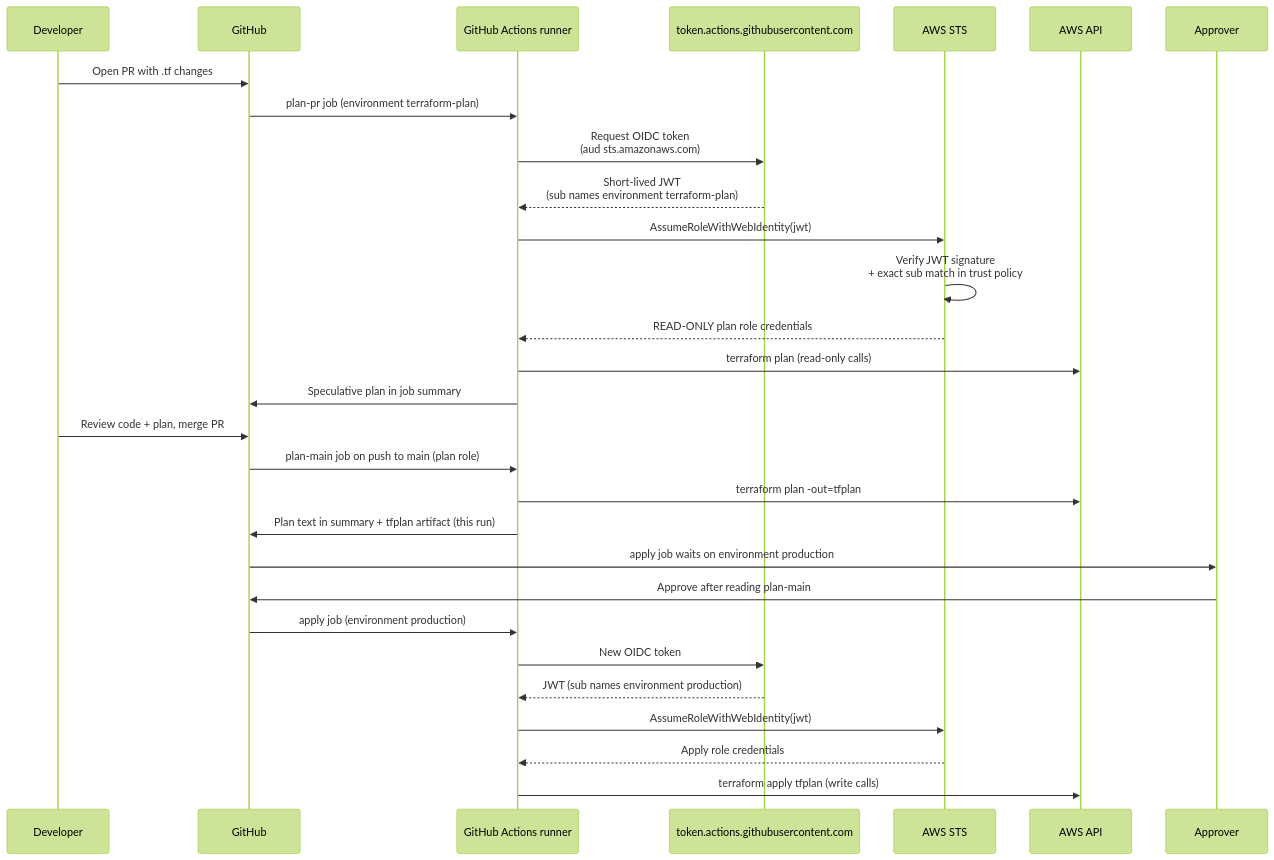
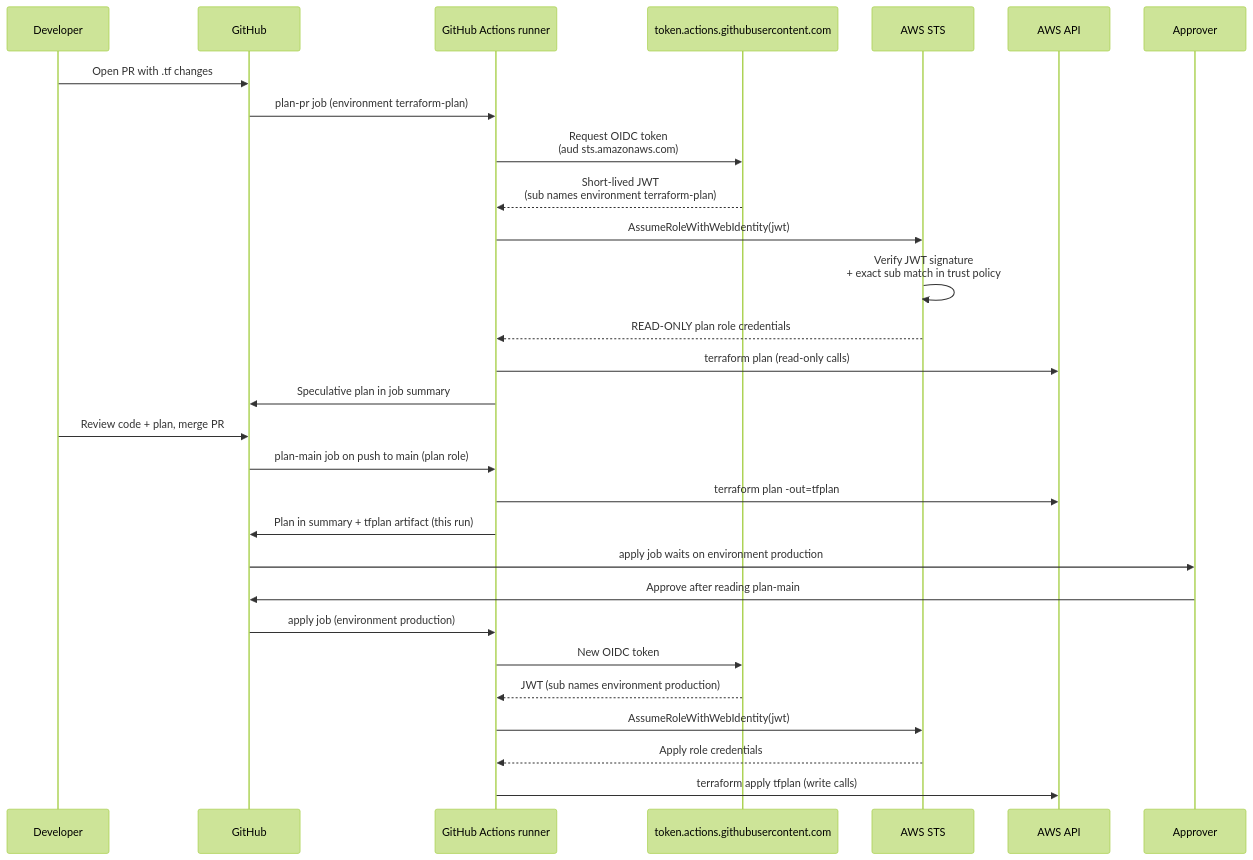
One commit to abd-ulbasit/bookstore-kubernetes-guide changed the diagram in full-guide/14-eks-in-production-a-to-z/07-infrastructure-cicd-and-drift.md. Above: the diagram before and after it, drawn with Mermaid (forest theme). The commit also changed other lines of this file and 1 other file, not shown here.

First line of the commit message:
Keep plan text out of public job summaries and logs

````diff
--- a/full-guide/14-eks-in-production-a-to-z/07-infrastructure-cicd-and-drift.md
+++ b/full-guide/14-eks-in-production-a-to-z/07-infrastructure-cicd-and-drift.md
@@ -203,32 +203,32 @@
 ```mermaid
 sequenceDiagram
     participant Dev as Developer
     participant GH as GitHub
     participant Run as GitHub Actions runner
     participant OIDC as token.actions.githubusercontent.com
     participant STS as AWS STS
     participant AWS as AWS API
     participant Rev as Approver
 
     Dev->>GH: Open PR with .tf changes
     GH->>Run: plan-pr job (environment terraform-plan)
     Run->>OIDC: Request OIDC token<br/>(aud sts.amazonaws.com)
     OIDC-->>Run: Short-lived JWT<br/>(sub names environment terraform-plan)
     Run->>STS: AssumeRoleWithWebIdentity(jwt)
     STS->>STS: Verify JWT signature<br/>+ exact sub match in trust policy
     STS-->>Run: READ-ONLY plan role credentials
     Run->>AWS: terraform plan (read-only calls)
     Run->>GH: Speculative plan in job summary
     Dev->>GH: Review code + plan, merge PR
     GH->>Run: plan-main job on push to main (plan role)
     Run->>AWS: terraform plan -out=tfplan
-    Run->>GH: Plan text in summary + tfplan artifact (this run)
+    Run->>GH: Plan in summary + tfplan artifact (this run)
     GH->>Rev: apply job waits on environment production
     Rev->>GH: Approve after reading plan-main
     GH->>Run: apply job (environment production)
     Run->>OIDC: New OIDC token
     OIDC-->>Run: JWT (sub names environment production)
     Run->>STS: AssumeRoleWithWebIdentity(jwt)
     STS-->>Run: Apply role credentials
     Run->>AWS: terraform apply tfplan (write calls)
 ```
````
